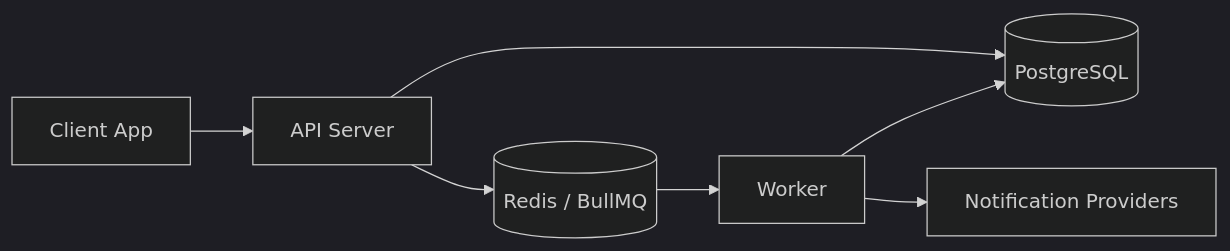
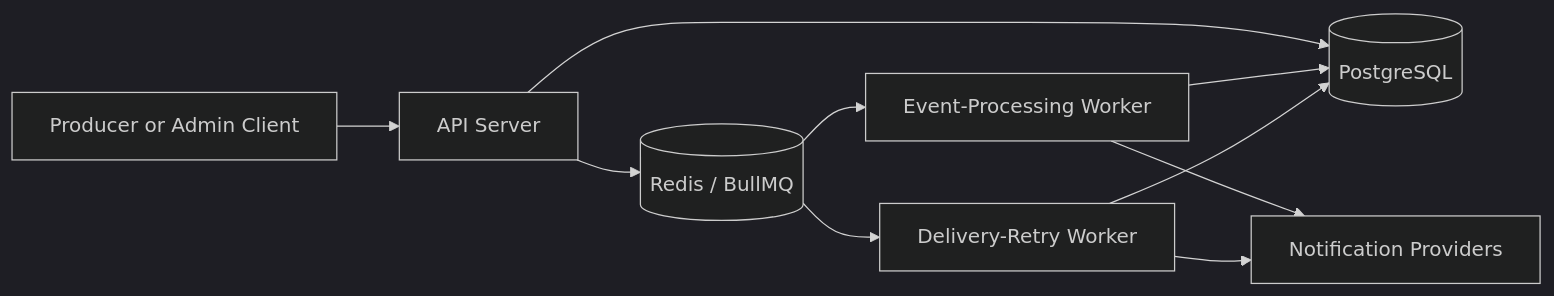
One commit to JesseDev454/event-driven-notification-platform changed the first of 2 diagrams in README.md. Above: the diagram before and after it, drawn with Mermaid (dark theme). The commit also changed other lines of this file and 7 other files, not shown here.

````diff
--- a/README.md
+++ b/README.md
@@ -59,9 +50,12 @@
 ```mermaid
 flowchart LR
-    A[Client App] --> B[API Server]
+    A[Producer or Admin Client] --> B[API Server]
     B --> C[(PostgreSQL)]
     B --> D[(Redis / BullMQ)]
-    D --> E[Worker]
+    D --> E[Event-Processing Worker]
+    D --> F[Delivery-Retry Worker]
     E --> C
-    E --> F[Notification Providers]
+    F --> C
+    E --> G[Notification Providers]
+    F --> G
 ```
````
